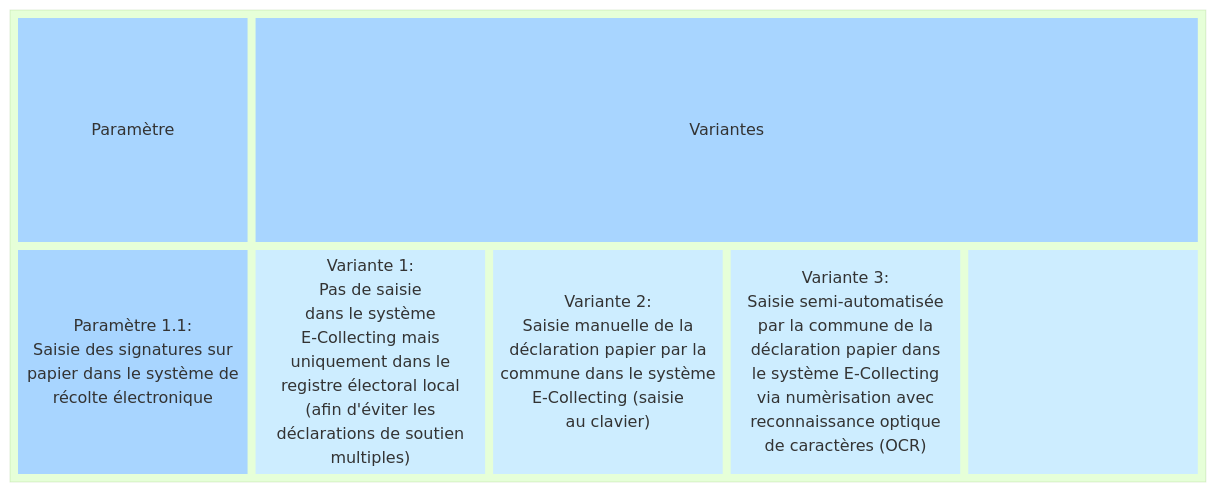
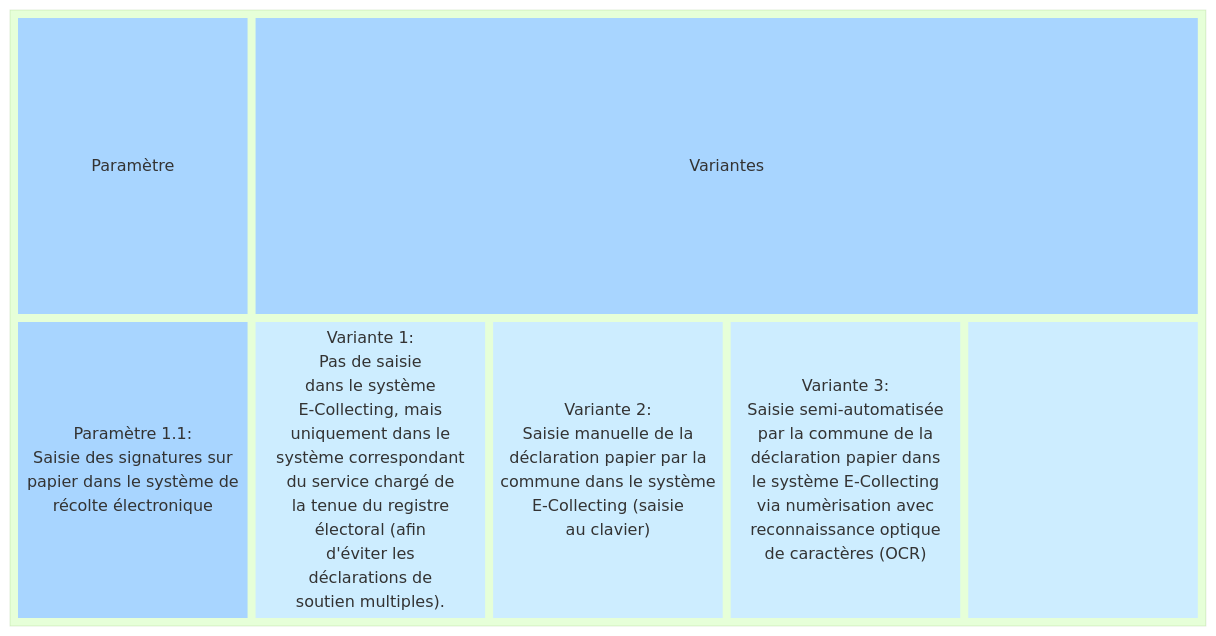
The first of 2 diagrams in docs/morphological-box/parameter-1-1.md (swiss/e-collecting), drawn with Mermaid (forest theme) before and after one commit. The commit also changed other lines of this file, not shown here.

Commit message:
docs: update parameter-1-1.md (variant 1)

````diff
--- a/docs/morphological-box/parameter-1-1.md
+++ b/docs/morphological-box/parameter-1-1.md
@@ -15,43 +15,46 @@
 ```mermaid
 block
   block
     columns 5
     t1["Paramètre"]
     t2["Variantes"]:4
     d["Paramètre 1.1:
       Saisie des signatures sur
       papier dans le système de
       récolte électronique"]
     a1["Variante 1:
       Pas de saisie
       dans le système
-      E-Collecting mais
+      E-Collecting, mais
       uniquement dans le
-      registre électoral local
-      (afin d'éviter les
-      déclarations de soutien
-      multiples)"]
+      système correspondant
+      du service chargé de
+      la tenue du registre
+      électoral (afin 
+      d'éviter les 
+      déclarations de 
+      soutien multiples)."]
     a2["Variante 2:
       Saisie manuelle de la
       déclaration papier par la
       commune dans le système
       E-Collecting (saisie 
       au clavier)"]
     a3["Variante 3:
       Saisie semi-automatisée
       par la commune de la
       déclaration papier dans
       le système E-Collecting
       via numèrisation avec
       reconnaissance optique
       de caractères (OCR)"]
     a4["&nbsp;"]
     style t1 fill:#a8d5ff,stroke-width:0px
     style t2 fill:#a8d5ff,stroke-width:0px
     style d fill:#a8d5ff,stroke-width:0px,text-valign:top
     style a1 fill:#cdedff,stroke-width:0px
     style a2 fill:#cdedff,stroke-width:0px
     style a3 fill:#cdedff,stroke-width:0px
     style a4 fill:#cdedff,stroke-width:0px
   end
 ```
````
